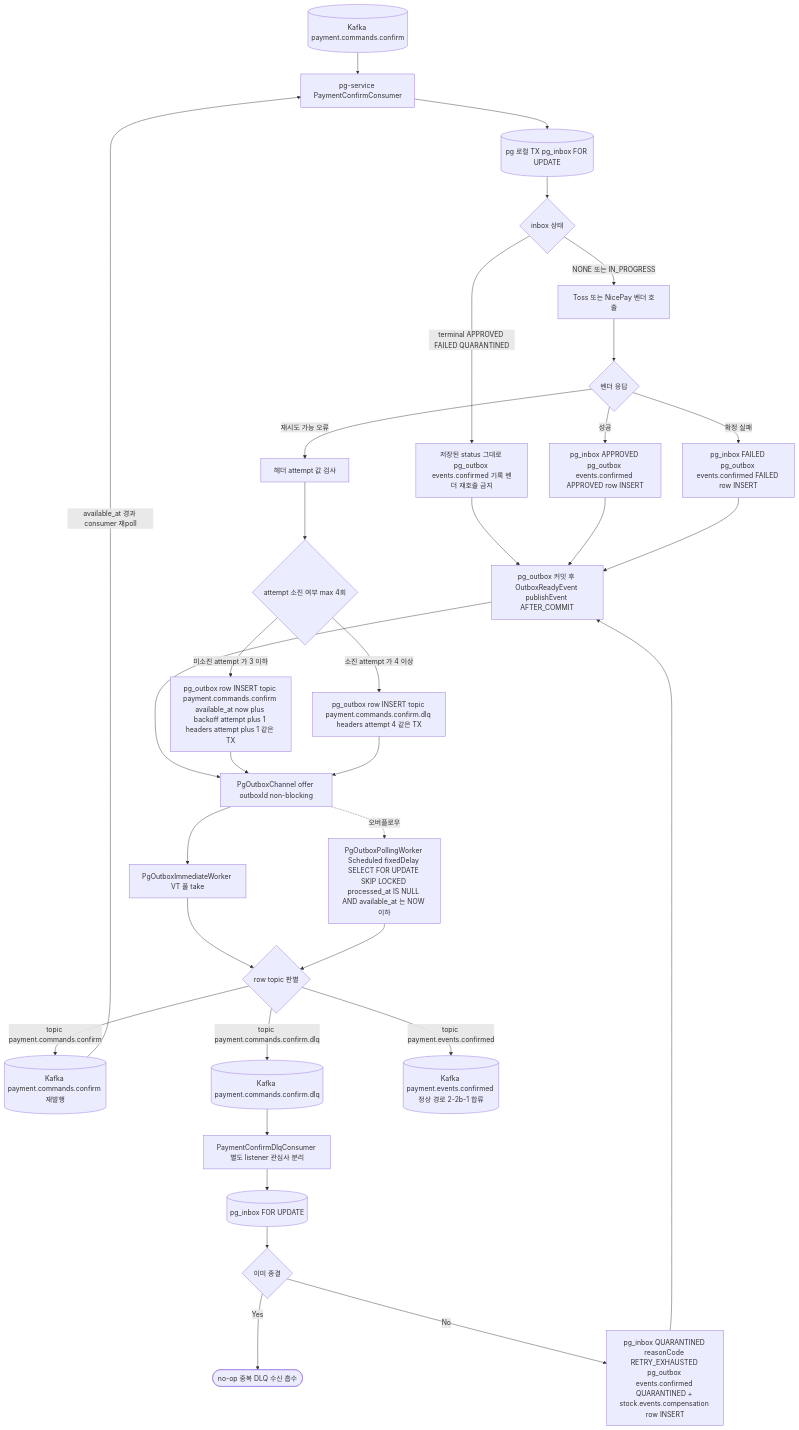
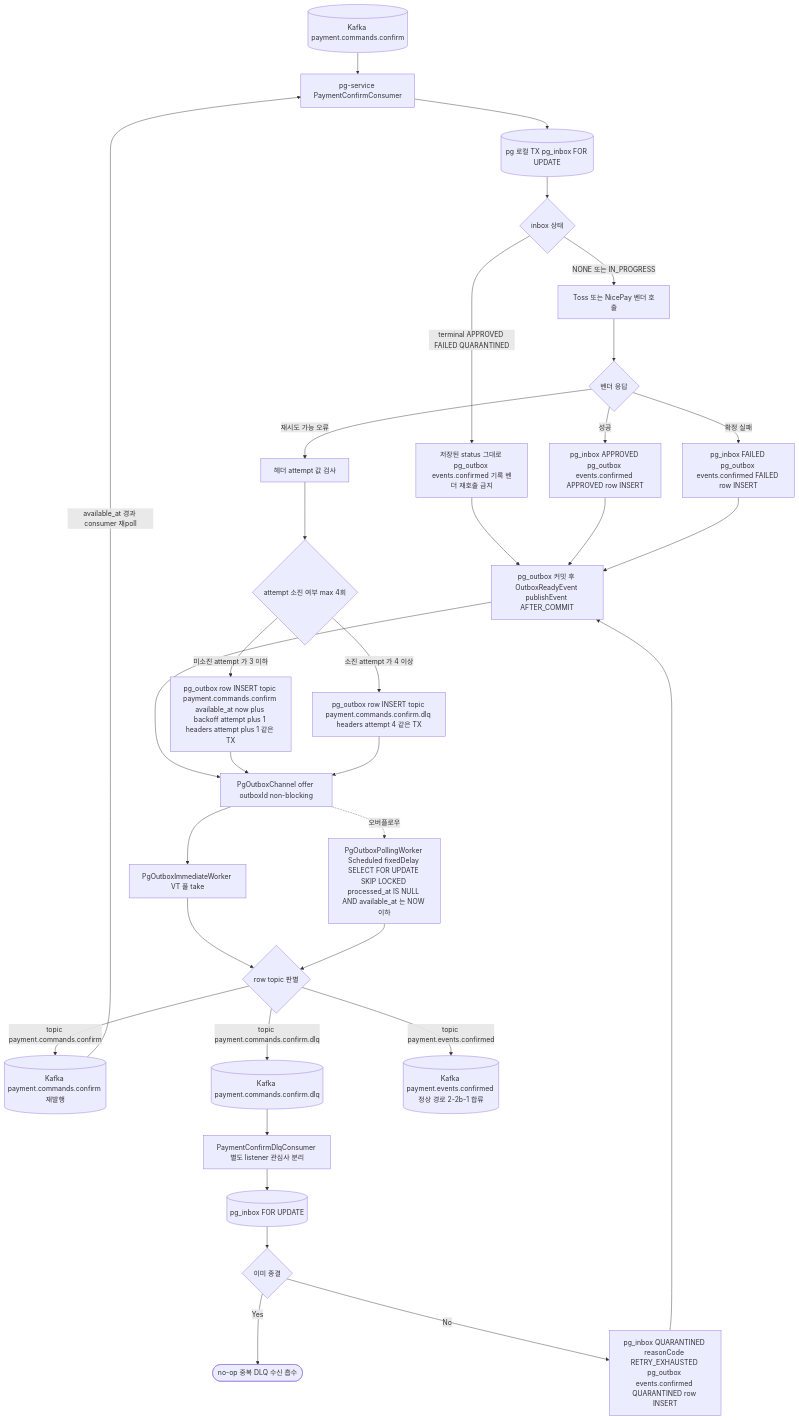
Before and after one commit to hyoguoo/payment-platform: the fifth of 8 diagrams in docs/topics/MSA-TRANSITION.md, drawn with Mermaid. The commit also changed other lines of this file and 6 other files, not shown here.

````diff
--- a/docs/topics/MSA-TRANSITION.md
+++ b/docs/topics/MSA-TRANSITION.md
@@ -311,48 +311,48 @@
 ```mermaid
 flowchart TD
     ORIG[(Kafka payment.commands.confirm)] --> PGCONS["pg-service PaymentConfirmConsumer"]
 
     PGCONS --> INBOX_TX[(pg 로컬 TX pg_inbox FOR UPDATE)]
     INBOX_TX --> TERM{inbox 상태}
     TERM -->|terminal APPROVED FAILED QUARANTINED| REEMIT["저장된 status 그대로 pg_outbox events.confirmed 기록 벤더 재호출 금지"]
     TERM -->|NONE 또는 IN_PROGRESS| VENDOR["Toss 또는 NicePay 벤더 호출"]
 
     VENDOR --> RESULT{벤더 응답}
     RESULT -->|성공| WRITE_OK["pg_inbox APPROVED pg_outbox events.confirmed APPROVED row INSERT"]
     RESULT -->|확정 실패| WRITE_FAIL["pg_inbox FAILED pg_outbox events.confirmed FAILED row INSERT"]
     RESULT -->|재시도 가능 오류| BACKOFF[헤더 attempt 값 검사]
 
     BACKOFF --> LIMIT{attempt 소진 여부 max 4회}
     LIMIT -->|미소진 attempt 가 3 이하| RETRY_ROW["pg_outbox row INSERT topic payment.commands.confirm available_at now plus backoff attempt plus 1 headers attempt plus 1 같은 TX"]
     LIMIT -->|소진 attempt 가 4 이상| DLQ_ROW["pg_outbox row INSERT topic payment.commands.confirm.dlq headers attempt 4 같은 TX"]
 
     REEMIT --> EVENT_PUBLISH
     WRITE_OK --> EVENT_PUBLISH
     WRITE_FAIL --> EVENT_PUBLISH
     EVENT_PUBLISH["pg_outbox 커밋 후 OutboxReadyEvent publishEvent AFTER_COMMIT"]
 
     EVENT_PUBLISH --> CHANNEL["PgOutboxChannel offer outboxId non-blocking"]
     RETRY_ROW --> CHANNEL
     DLQ_ROW --> CHANNEL
 
     CHANNEL --> IMMEDIATE["PgOutboxImmediateWorker VT 풀 take"]
     CHANNEL -.오버플로우.-> POLL_SAFETY
     POLL_SAFETY["PgOutboxPollingWorker Scheduled fixedDelay SELECT FOR UPDATE SKIP LOCKED processed_at IS NULL AND available_at 는 NOW 이하"]
 
     IMMEDIATE --> PUBLISH{row topic 판별}
     POLL_SAFETY --> PUBLISH
 
     PUBLISH -->|topic payment.commands.confirm| REDELIVER[(Kafka payment.commands.confirm 재발행)]
     PUBLISH -->|topic payment.commands.confirm.dlq| DLQ_TOPIC[(Kafka payment.commands.confirm.dlq)]
     PUBLISH -->|topic payment.events.confirmed| EVT_TOPIC[(Kafka payment.events.confirmed 정상 경로 2-2b-1 합류)]
 
     REDELIVER -->|available_at 경과 consumer 재poll| PGCONS
 
     DLQ_TOPIC --> DLQCONS["PaymentConfirmDlqConsumer 별도 listener 관심사 분리"]
     DLQCONS --> DLQ_INBOX[(pg_inbox FOR UPDATE)]
     DLQ_INBOX --> DLQTERM{이미 종결}
     DLQTERM -->|Yes| NOOP_DLQ([no-op 중복 DLQ 수신 흡수])
-    DLQTERM -->|No| QUAR["pg_inbox QUARANTINED reasonCode RETRY_EXHAUSTED pg_outbox events.confirmed QUARANTINED + stock.events.compensation row INSERT"]
+    DLQTERM -->|No| QUAR["pg_inbox QUARANTINED reasonCode RETRY_EXHAUSTED pg_outbox events.confirmed QUARANTINED row INSERT"]
 
     QUAR --> EVENT_PUBLISH
 ```
````
